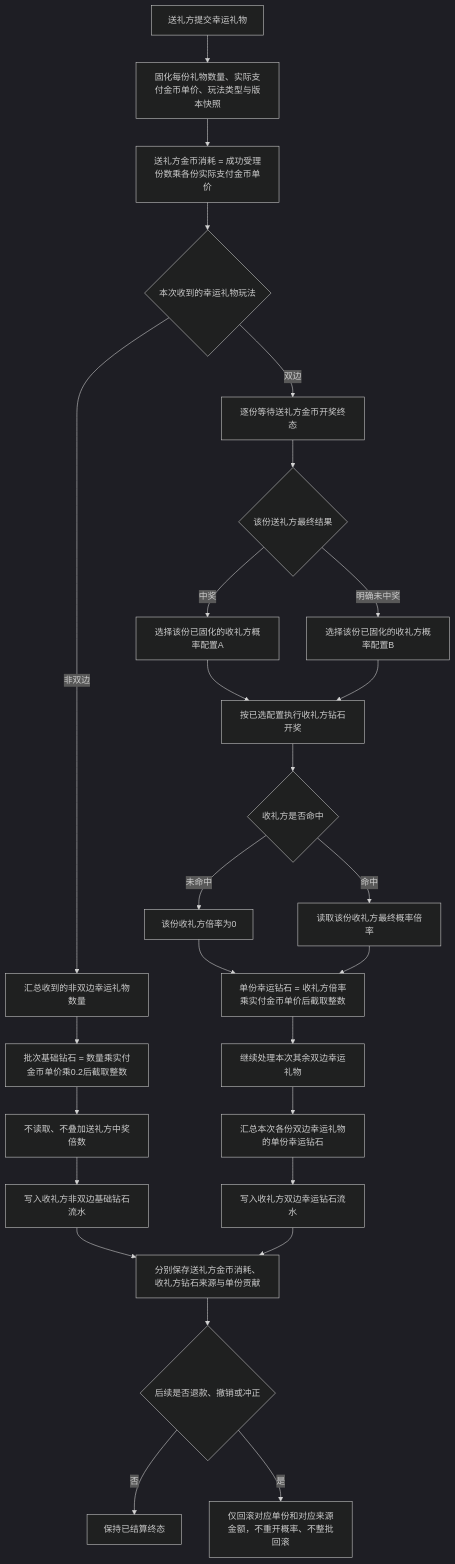
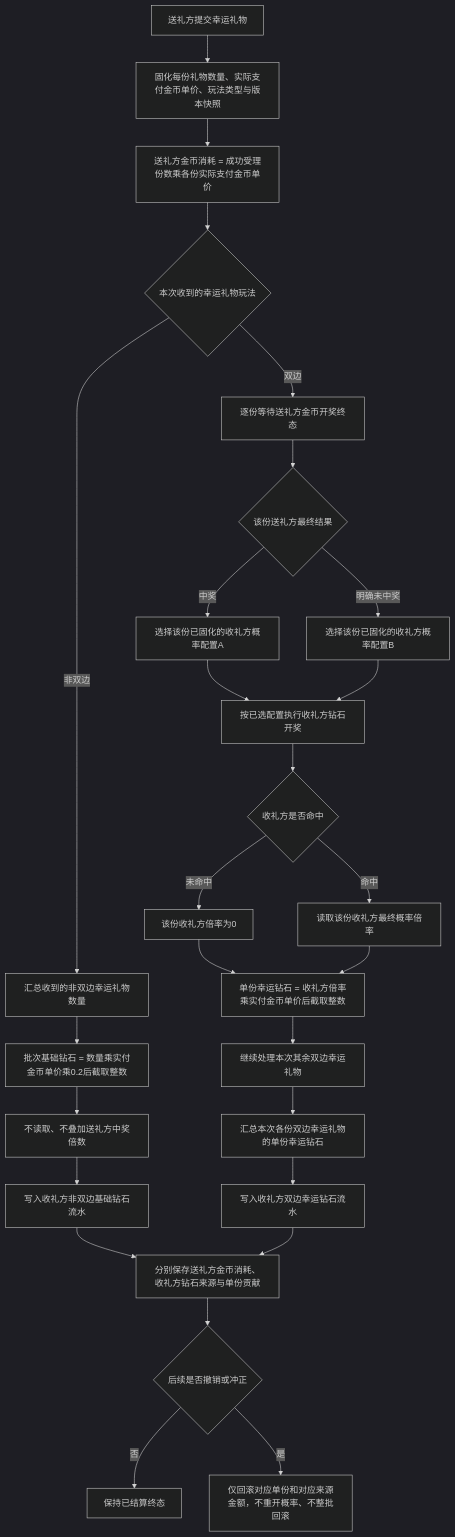
The third of 7 diagrams in 幸运礼物1.0_核心逻辑需求文档.md (kocekid/LuckGift1.0), drawn with Mermaid (dark theme) before and after one commit. The commit also changed other lines of this file, not shown here.

````diff
--- a/幸运礼物1.0_核心逻辑需求文档.md
+++ b/幸运礼物1.0_核心逻辑需求文档.md
@@ -242,29 +238,29 @@
 ```mermaid
 flowchart TD
     A[送礼方提交幸运礼物] --> B[固化每份礼物数量、实际支付金币单价、玩法类型与版本快照]
     B --> C[送礼方金币消耗 = 成功受理份数乘各份实际支付金币单价]
     C --> D{本次收到的幸运礼物玩法}
     D -->|非双边| E[汇总收到的非双边幸运礼物数量]
     E --> F[批次基础钻石 = 数量乘实付金币单价乘0.2后截取整数]
     F --> G[不读取、不叠加送礼方中奖倍数]
     G --> H[写入收礼方非双边基础钻石流水]
     D -->|双边| I[逐份等待送礼方金币开奖终态]
     I --> J{该份送礼方最终结果}
     J -->|中奖| K[选择该份已固化的收礼方概率配置A]
     J -->|明确未中奖| L[选择该份已固化的收礼方概率配置B]
     K --> M[按已选配置执行收礼方钻石开奖]
     L --> M
     M --> N{收礼方是否命中}
     N -->|未命中| O[该份收礼方倍率为0]
     N -->|命中| P[读取该份收礼方最终概率倍率]
     O --> Q[单份幸运钻石 = 收礼方倍率乘实付金币单价后截取整数]
     P --> Q
     Q --> R[继续处理本次其余双边幸运礼物]
     R --> S[汇总本次各份双边幸运礼物的单份幸运钻石]
     S --> T[写入收礼方双边幸运钻石流水]
     H --> U[分别保存送礼方金币消耗、收礼方钻石来源与单份贡献]
     T --> U
-    U --> V{后续是否退款、撤销或冲正}
+    U --> V{后续是否撤销或冲正}
     V -->|否| W[保持已结算终态]
     V -->|是| X[仅回滚对应单份和对应来源金额，不重开概率、不整批回滚]
 ```
````
